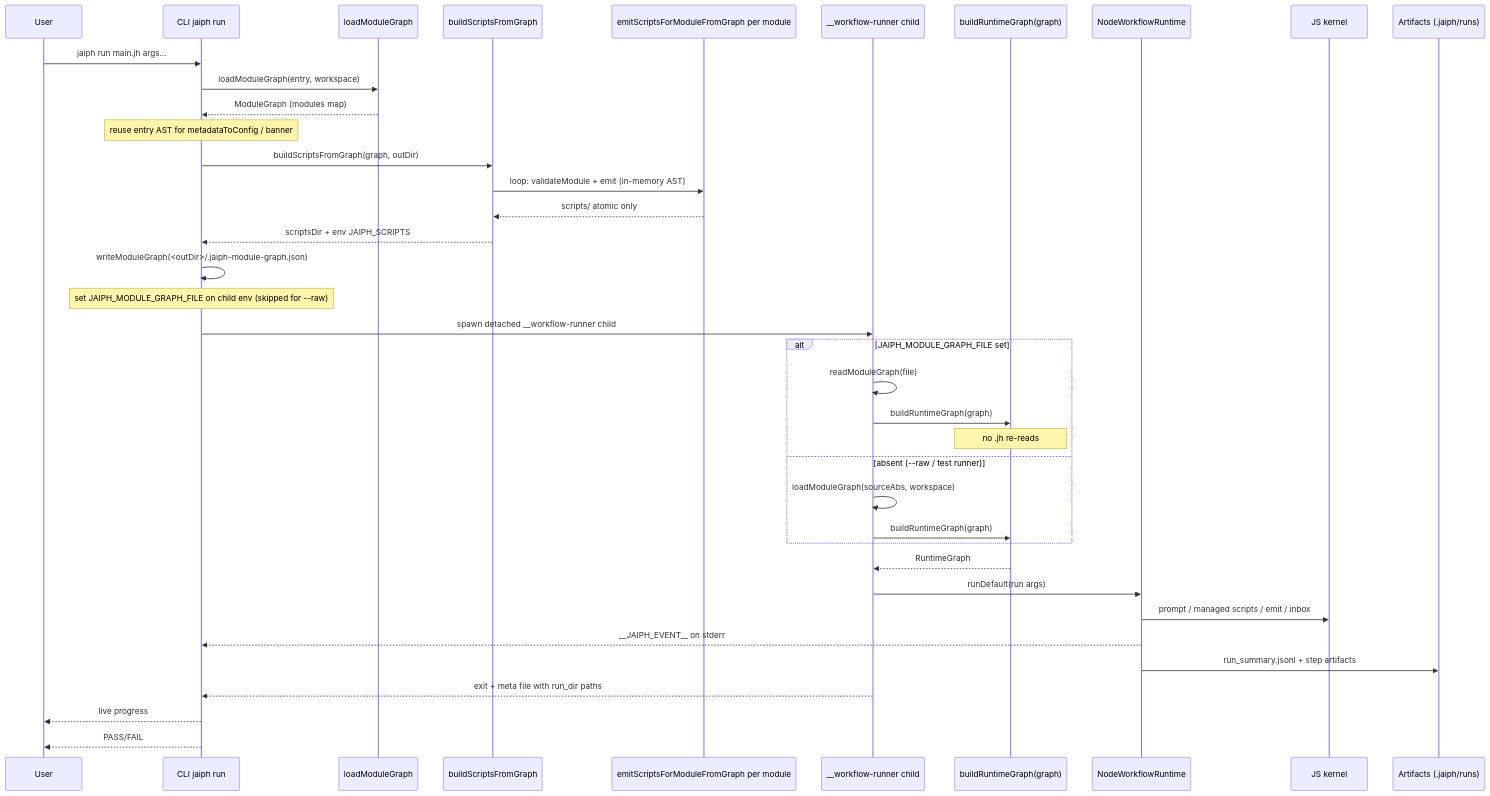
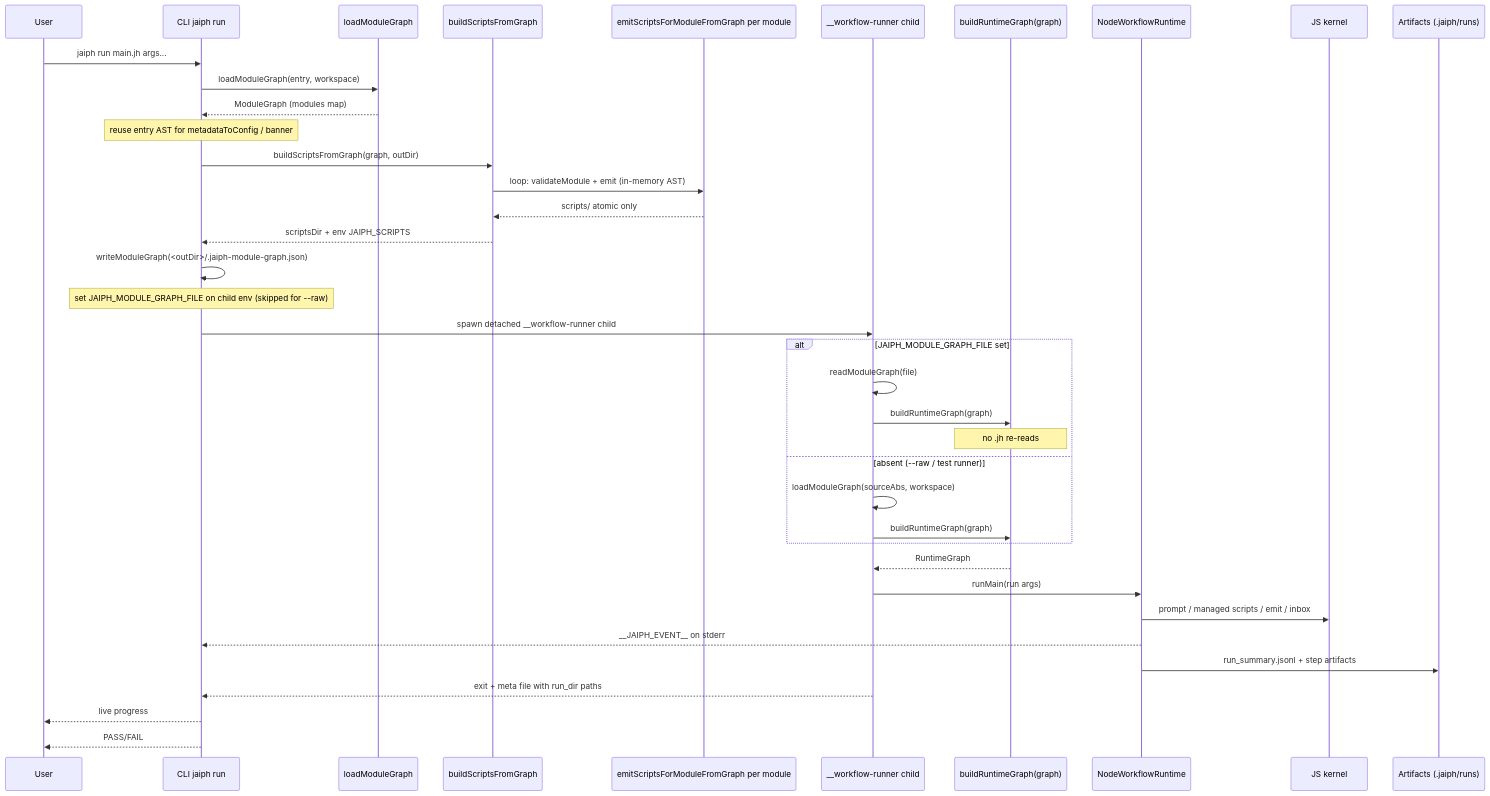
One commit to jaiphlang/jaiph changed the second of 3 diagrams in docs/architecture.md. Above: the diagram before and after it, drawn with Mermaid. The commit also changed other lines of this file and 385 other files, not shown here.

````diff
--- a/docs/architecture.md
+++ b/docs/architecture.md
@@ -280,41 +280,41 @@
 ```mermaid
 sequenceDiagram
     participant User
     participant CLI as CLI jaiph run
     participant Load as loadModuleGraph
     participant Prep as buildScriptsFromGraph
     participant TF as emitScriptsForModuleFromGraph per module
     participant Runner as __workflow-runner child
     participant Graph as buildRuntimeGraph(graph)
     participant Runtime as NodeWorkflowRuntime
     participant Kernel as JS kernel
     participant Report as Artifacts (.jaiph/runs)
 
     User->>CLI: jaiph run main.jh args...
     CLI->>Load: loadModuleGraph(entry, workspace)
     Load-->>CLI: ModuleGraph (modules map)
     Note over CLI: reuse entry AST for metadataToConfig / banner
     CLI->>Prep: buildScriptsFromGraph(graph, outDir)
     Prep->>TF: loop: validateModule + emit (in-memory AST)
     TF-->>Prep: scripts/ atomic only
     Prep-->>CLI: scriptsDir + env JAIPH_SCRIPTS
     CLI->>CLI: writeModuleGraph(<outDir>/.jaiph-module-graph.json)
     Note over CLI: set JAIPH_MODULE_GRAPH_FILE on child env (skipped for --raw)
     CLI->>Runner: spawn detached __workflow-runner child
     alt JAIPH_MODULE_GRAPH_FILE set
         Runner->>Runner: readModuleGraph(file)
         Runner->>Graph: buildRuntimeGraph(graph)
         Note over Graph: no .jh re-reads
     else absent (--raw / test runner)
         Runner->>Runner: loadModuleGraph(sourceAbs, workspace)
         Runner->>Graph: buildRuntimeGraph(graph)
     end
     Graph-->>Runner: RuntimeGraph
-    Runner->>Runtime: runDefault(run args)
+    Runner->>Runtime: runMain(run args)
     Runtime->>Kernel: prompt / managed scripts / emit / inbox
     Runtime-->>CLI: __JAIPH_EVENT__ on stderr
     Runtime->>Report: run_summary.jsonl + step artifacts
     Runner-->>CLI: exit + meta file with run_dir paths
     CLI-->>User: live progress
     CLI-->>User: PASS/FAIL
 ```
````
